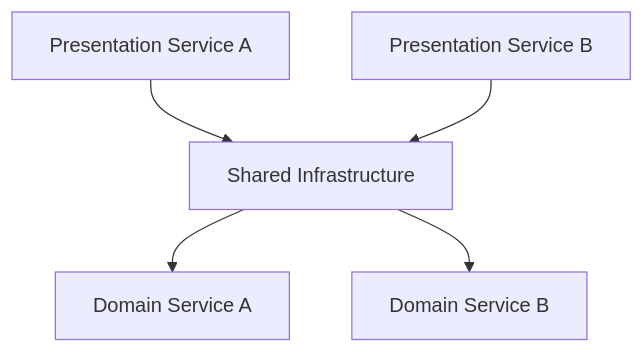
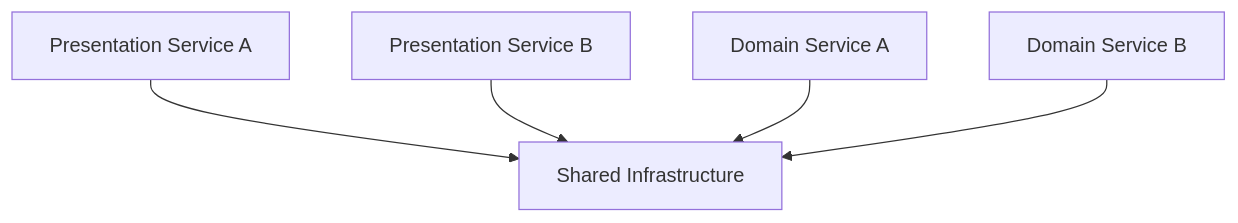
One commit to kholcomb/Architecture changed the diagram in Patterns/extension/sandwich.md. Above: the diagram before and after it, drawn with Mermaid. The commit also changed 11 other files, not shown here.

Commit message:
diagram fixes

````diff
--- a/Patterns/extension/sandwich.md
+++ b/Patterns/extension/sandwich.md
@@ -12,12 +12,12 @@
 ```mermaid
 graph TD
     PA[Presentation Service A]
     PB[Presentation Service B]
     I[Shared Infrastructure]
     DA[Domain Service A]
     DB[Domain Service B]
     PA --> I
     PB --> I
-    I --> DA
-    I --> DB
+    DA --> I
+    DB --> I
 ```
````
